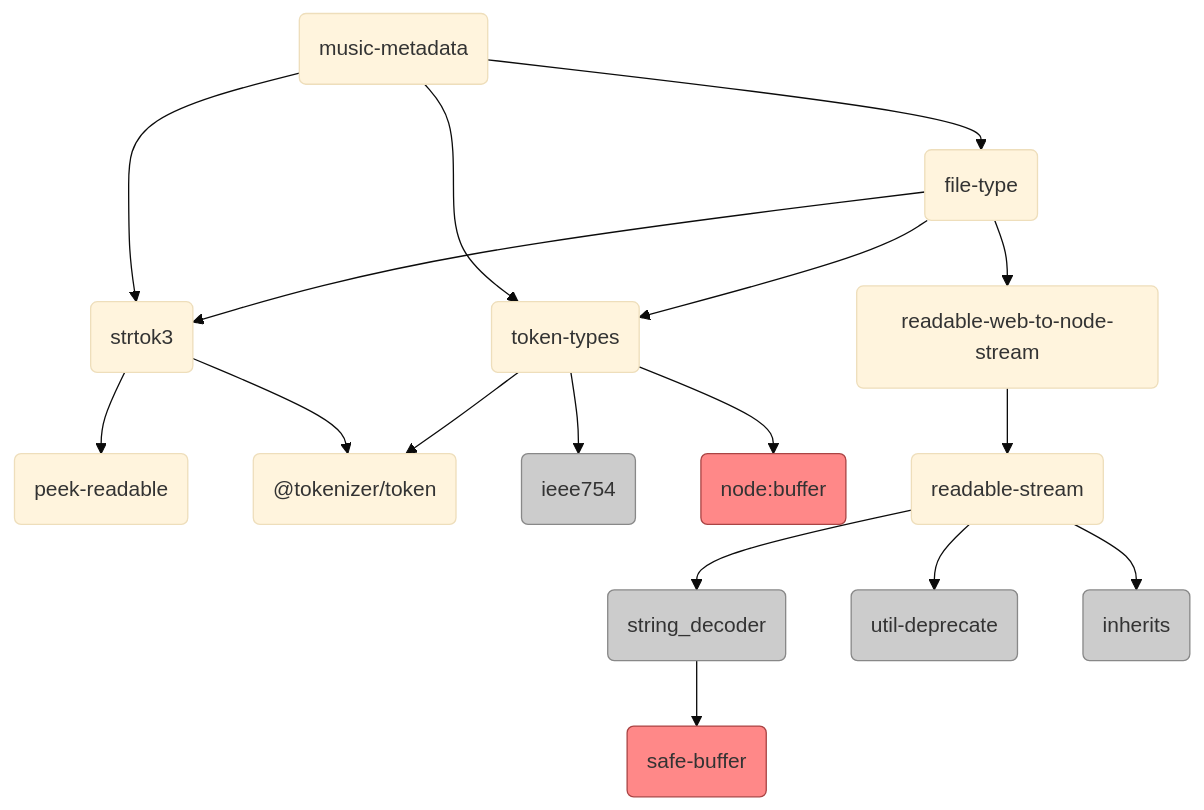
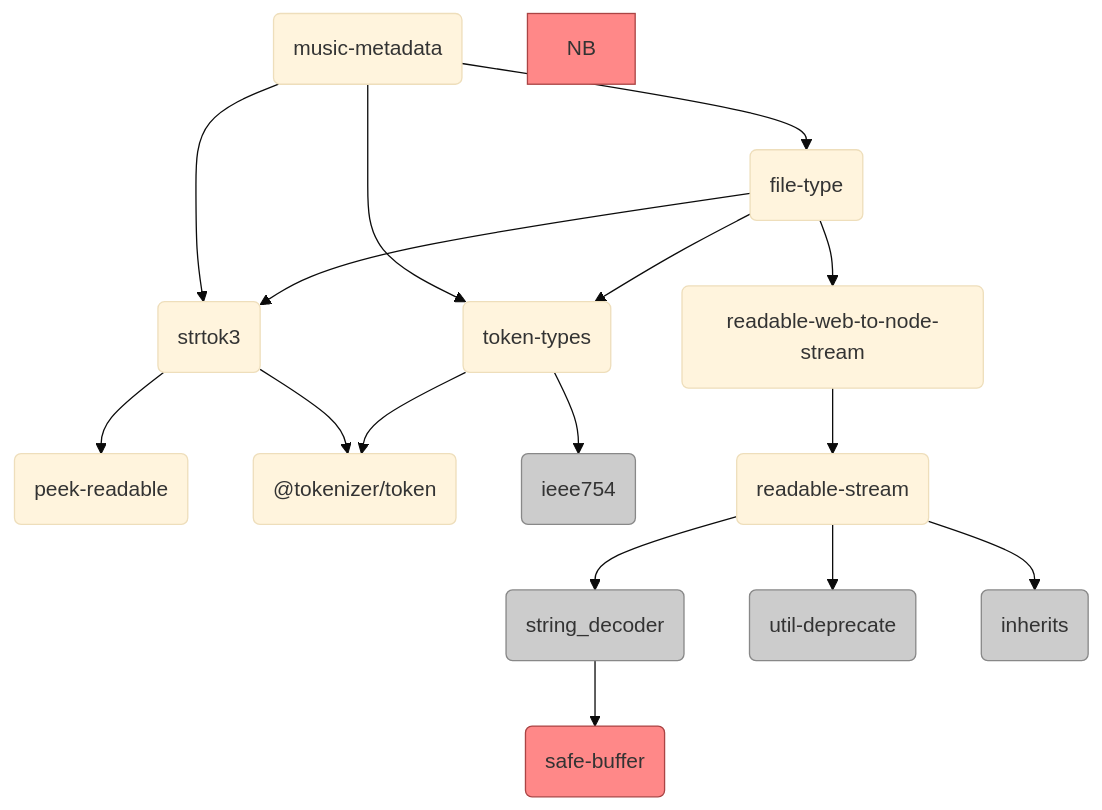
Before and after one commit to Borewit/music-metadata: the diagram in README.md, drawn with Mermaid (base theme). The commit also changed 3 other files, not shown here.

Commit message:
Remove last reference to node:buffer

````diff
--- a/README.md
+++ b/README.md
@@ -106,25 +106,24 @@
 ```mermaid
 graph TD;
     MM(music-metadata)-->S(strtok3)
     MM-->TY(token-types)
     MM-->FT(file-type)
     S(strtok3)-->P(peek-readable)
     S-->TO("@tokenizer/token")
     TY-->TO
     TY-->IE("ieee754")
     FT-->RWNS(readable-web-to-node-stream)
     FT-->S
     FT-->TY
-    TY-->NB(node:buffer)
     RWNS-->RS(readable-stream)
     RS-->SD(string_decoder)
     SD-->SB(safe-buffer)
     RS-->UD(util-deprecate)
     RS-->I(inherits)
     style NB fill:#F88,stroke:#A44
     style SB fill:#F88,stroke:#A44
     style SD fill:#CCC,stroke:#888
     style IE fill:#CCC,stroke:#888
     style UD fill:#CCC,stroke:#888
     style I fill:#CCC,stroke:#888
 ```
````
